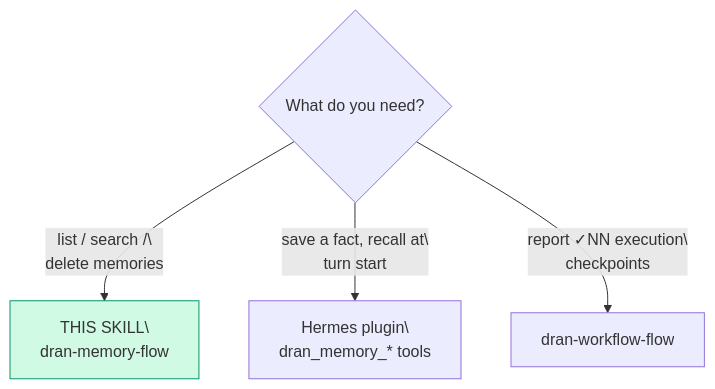
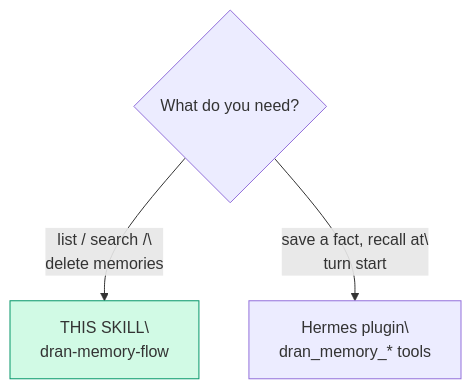
The first of 2 diagrams in skills/dran-memory-flow/SKILL.md (alvarolizama/dran), drawn with Mermaid before and after one commit. The commit also changed other lines of this file and 71 other files, not shown here.

````diff
--- a/skills/dran-memory-flow/SKILL.md
+++ b/skills/dran-memory-flow/SKILL.md
@@ -23,13 +22,11 @@
 ```mermaid
 flowchart TD
   Q{What do you need?} -->|"list / search /\
 delete memories"| SELF["THIS SKILL\
 dran-memory-flow"]
   Q -->|"save a fact, recall at\
 turn start"| P["Hermes plugin\
 dran_memory_* tools"]
-  Q -->|"report ✓NN execution\
-checkpoints"| W[dran-workflow-flow]
 
   style SELF fill:#d1fae5,stroke:#059669
 ```
````
